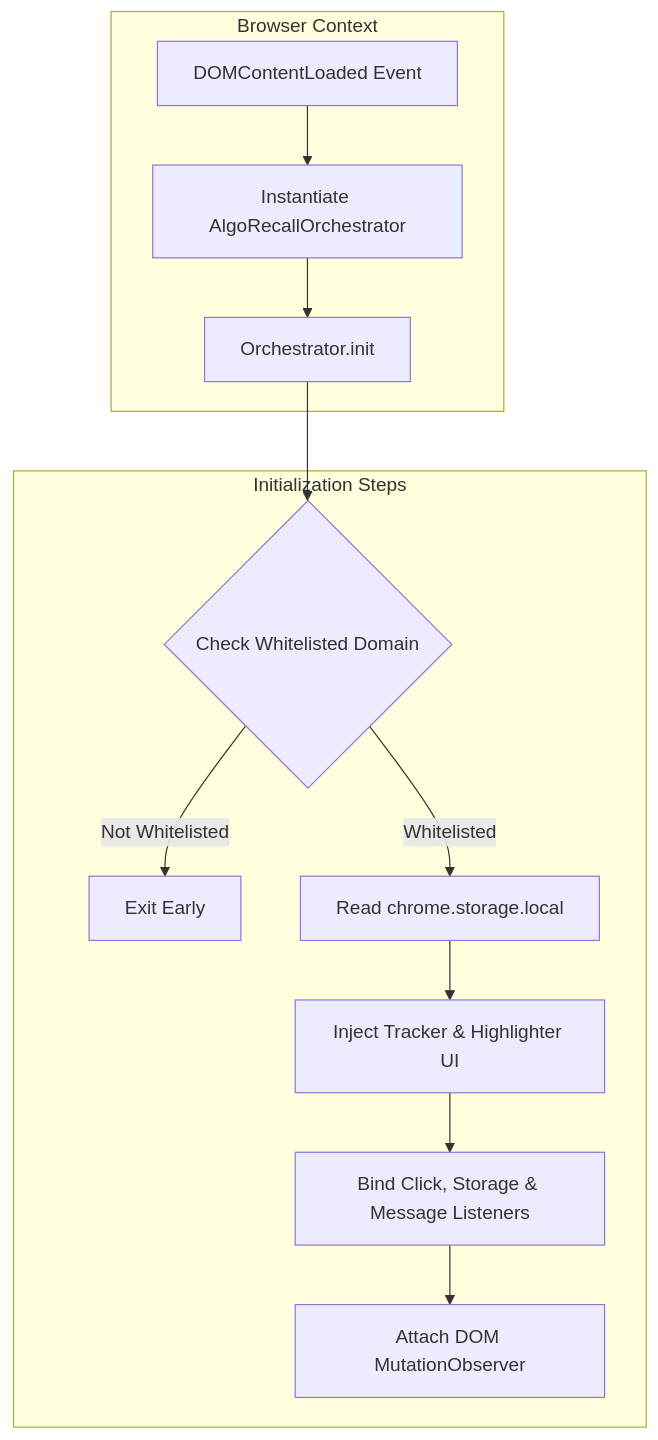
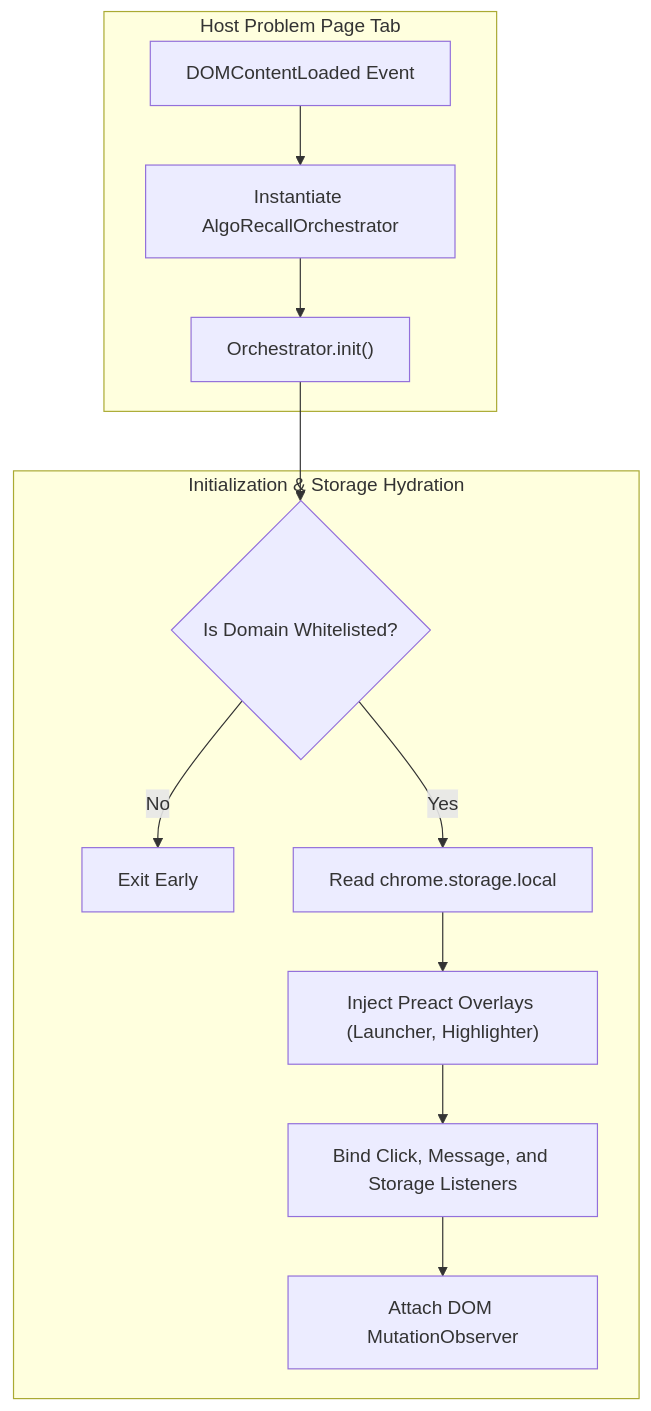
One commit to sdeanmol/algomonster-fsrs-extension changed the diagram in docs/runtime-core/content-scripts.md. Above: the diagram before and after it, drawn with Mermaid. The commit also changed other lines of this file and 11 other files, not shown here.

````diff
--- a/docs/runtime-core/content-scripts.md
+++ b/docs/runtime-core/content-scripts.md
@@ -15,16 +17,16 @@
 ```mermaid
 flowchart TD
-    subgraph BC ["Browser Context"]
+    subgraph Browser_Tab ["Host Problem Page Tab"]
         DCL["DOMContentLoaded Event"] --> Boot["Instantiate AlgoRecallOrchestrator"]
-        Boot --> Init["Orchestrator.init"]
+        Boot --> Init["Orchestrator.init()"]
     end
 
-    subgraph IS ["Initialization Steps"]
-        Init --> CheckDomain{"Check Whitelisted Domain"}
-        CheckDomain -- "Not Whitelisted" --> Exit["Exit Early"]
-        CheckDomain -- "Whitelisted" --> LoadStorage["Read chrome.storage.local"]
-        LoadStorage --> CreateUI["Inject Tracker & Highlighter UI"]
-        CreateUI --> BindEvents["Bind Click, Storage & Message Listeners"]
-        BindEvents --> SetupMO["Attach DOM MutationObserver"]
+    subgraph Initialization_Steps ["Initialization & Storage Hydration"]
+        Init --> CheckDomain{"Is Domain Whitelisted?"}
+        CheckDomain -- "No" --> Exit["Exit Early"]
+        CheckDomain -- "Yes" --> LoadStorage["Read chrome.storage.local"]
+        LoadStorage --> InjectUI["Inject Preact Overlays (Launcher, Highlighter)"]
+        InjectUI --> BindListeners["Bind Click, Message, and Storage Listeners"]
+        BindListeners --> AttachMO["Attach DOM MutationObserver"]
     end
 ```
````
